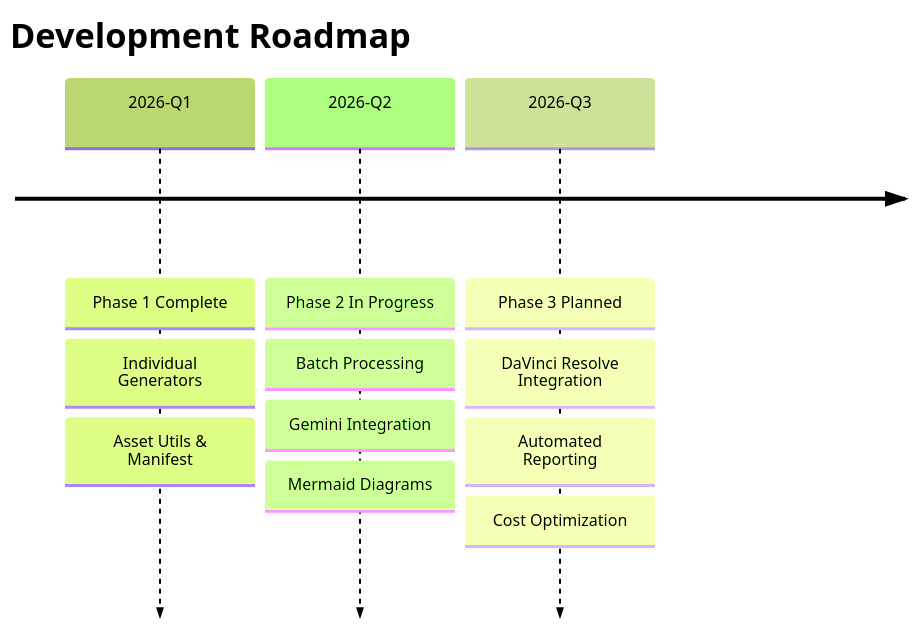
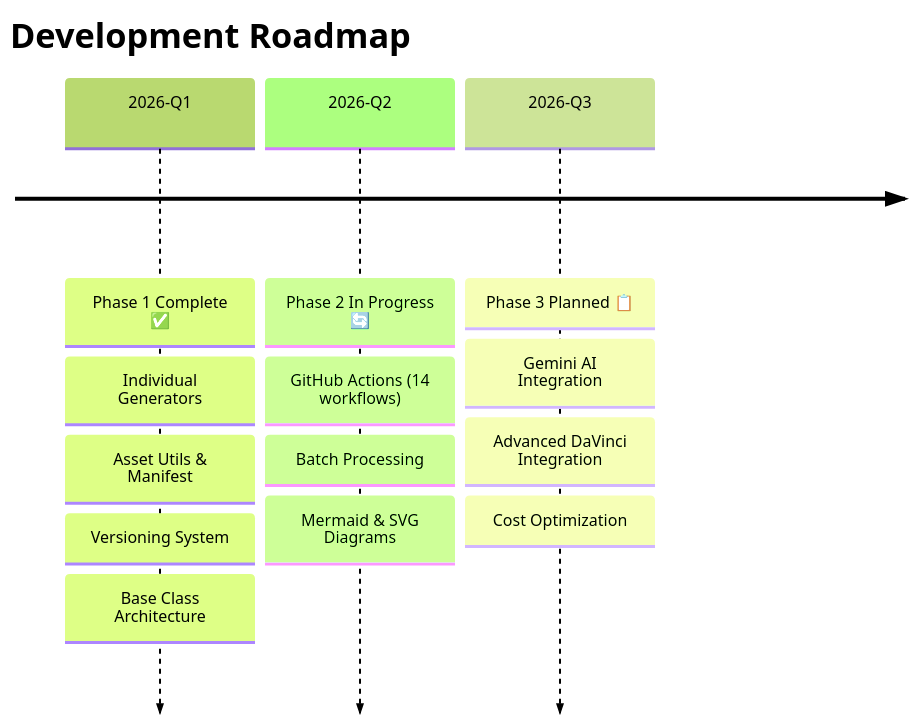
One commit to rifaterdemsahin/fal.ai changed the diagram in 2_Environment/README.md. Above: the diagram before and after it, drawn with Mermaid (forest theme). The commit also changed other lines of this file and 7 other files, not shown here.

````diff
--- a/2_Environment/README.md
+++ b/2_Environment/README.md
@@ -11,15 +11,17 @@
 ```mermaid
 timeline
     title Development Roadmap
-    2026-Q1 : Phase 1 Complete
+    2026-Q1 : Phase 1 Complete ✅
            : Individual Generators
            : Asset Utils & Manifest
-    2026-Q2 : Phase 2 In Progress
+           : Versioning System
+           : Base Class Architecture
+    2026-Q2 : Phase 2 In Progress 🔄
+           : GitHub Actions (14 workflows)
            : Batch Processing
-           : Gemini Integration
-           : Mermaid Diagrams
-    2026-Q3 : Phase 3 Planned
-           : DaVinci Resolve Integration
-           : Automated Reporting
+           : Mermaid & SVG Diagrams
+    2026-Q3 : Phase 3 Planned 📋
+           : Gemini AI Integration
+           : Advanced DaVinci Integration
            : Cost Optimization
 ```
````
